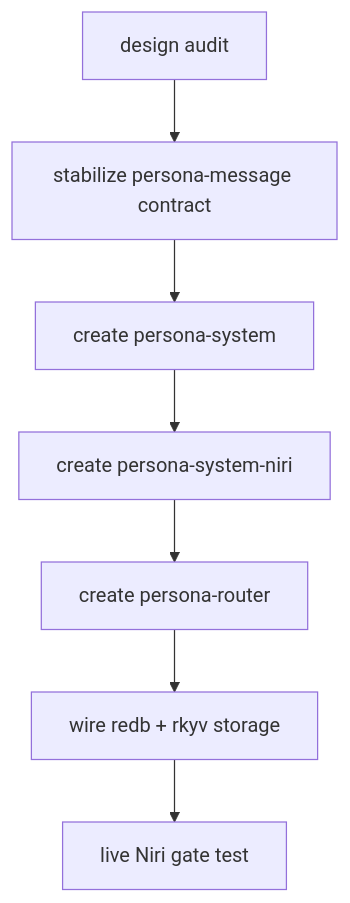
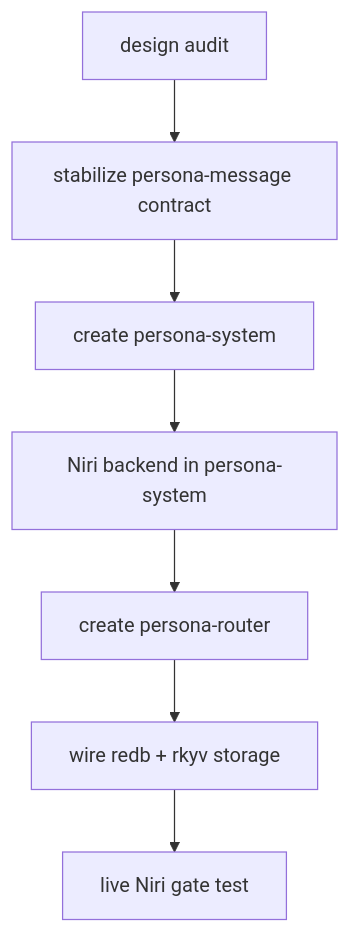
The seventh of 7 diagrams in reports/operator/8-persona-system-repo-plan.md (LiGoldragon/primary), drawn with Mermaid before and after one commit. The commit also changed other lines of this file, not shown here.

Commit message:
report integrate persona system audit

````diff
--- a/reports/operator/8-persona-system-repo-plan.md
+++ b/reports/operator/8-persona-system-repo-plan.md
@@ -162,17 +187,17 @@
 ```mermaid
 flowchart TD
     report[design audit]
     message[stabilize persona-message contract]
     system[create persona-system]
-    niri[create persona-system-niri]
+    niri[Niri backend in persona-system]
     router[create persona-router]
     storage[wire redb + rkyv storage]
     live[live Niri gate test]
 
     report --> message
     message --> system
     system --> niri
     niri --> router
     router --> storage
     storage --> live
 ```
````
